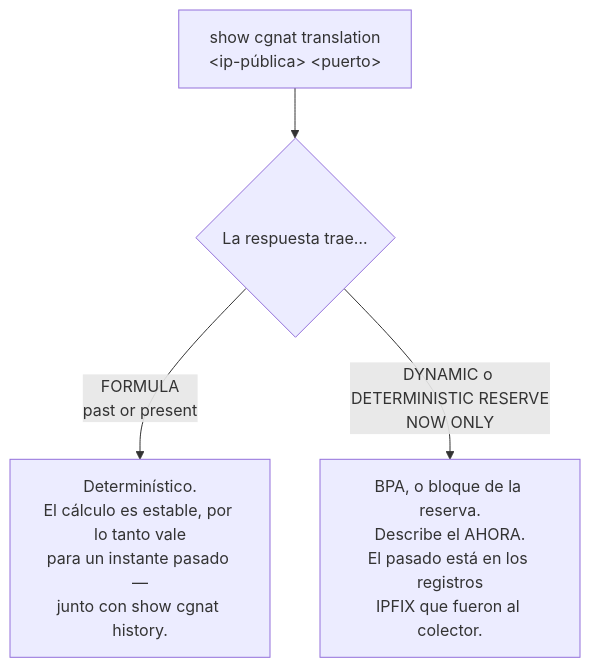
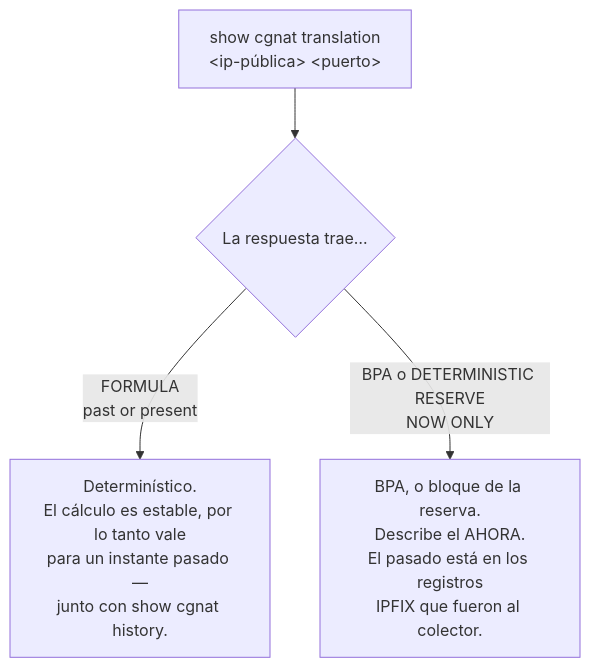
Before and after one commit to andrediashexa/prismarouting: the diagram in wiki/referencia-2/vty-prismash-guia-de-uso/comandos-show.md, drawn with Mermaid. The commit also changed other lines of this file and 13 other files, not shown here.

First line of the commit message:
show cgnat translation says BPA for an on-demand block, not DYNAMIC (#619)

````diff
--- a/wiki/referencia-2/vty-prismash-guia-de-uso/comandos-show.md
+++ b/wiki/referencia-2/vty-prismash-guia-de-uso/comandos-show.md
@@ -796,6 +796,6 @@
 ```mermaid
 flowchart TD
     T["show cgnat translation<br/>&lt;ip-pública&gt; &lt;puerto&gt;"] --> Q{"La respuesta trae…"}
     Q -->|"FORMULA<br/>past or present"| A["Determinístico.<br/>El cálculo es estable, por lo tanto vale<br/>para un instante pasado —<br/>junto con show cgnat history."]
-    Q -->|"DYNAMIC o DETERMINISTIC RESERVE<br/>NOW ONLY"| B["BPA, o bloque de la reserva.<br/>Describe el AHORA.<br/>El pasado está en los registros<br/>IPFIX que fueron al colector."]
+    Q -->|"BPA o DETERMINISTIC RESERVE<br/>NOW ONLY"| B["BPA, o bloque de la reserva.<br/>Describe el AHORA.<br/>El pasado está en los registros<br/>IPFIX que fueron al colector."]
 ```
````
